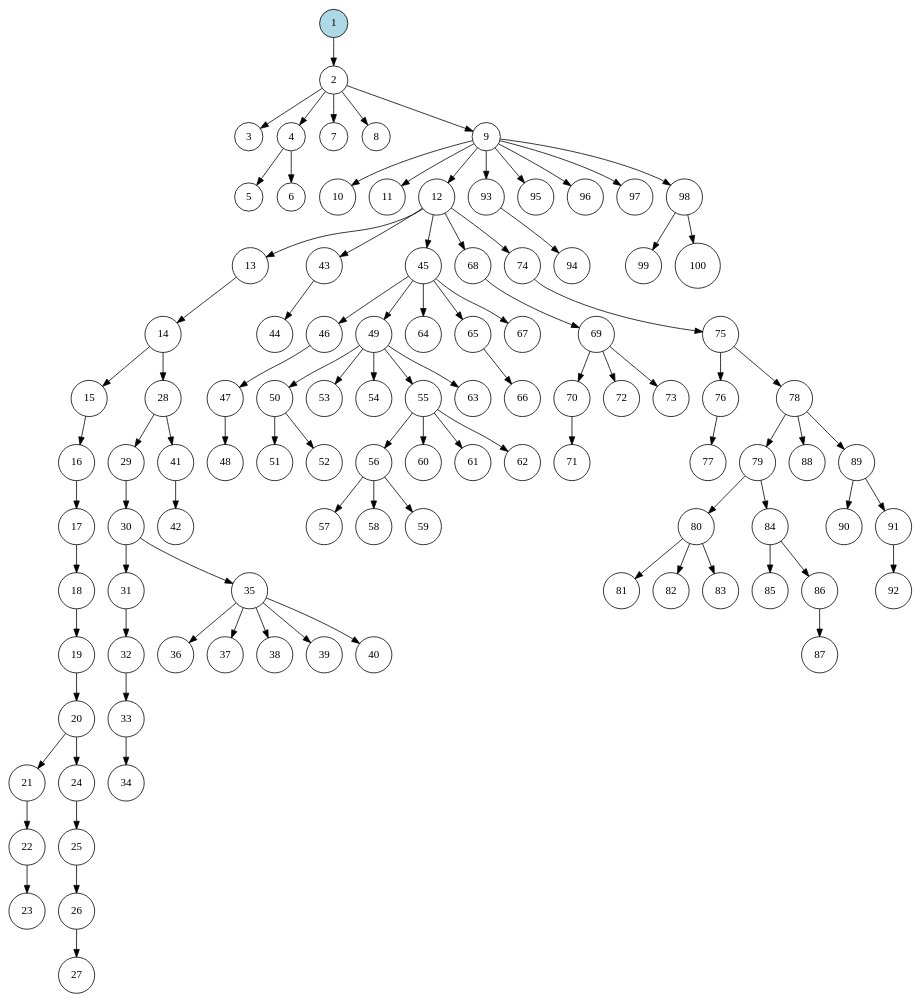
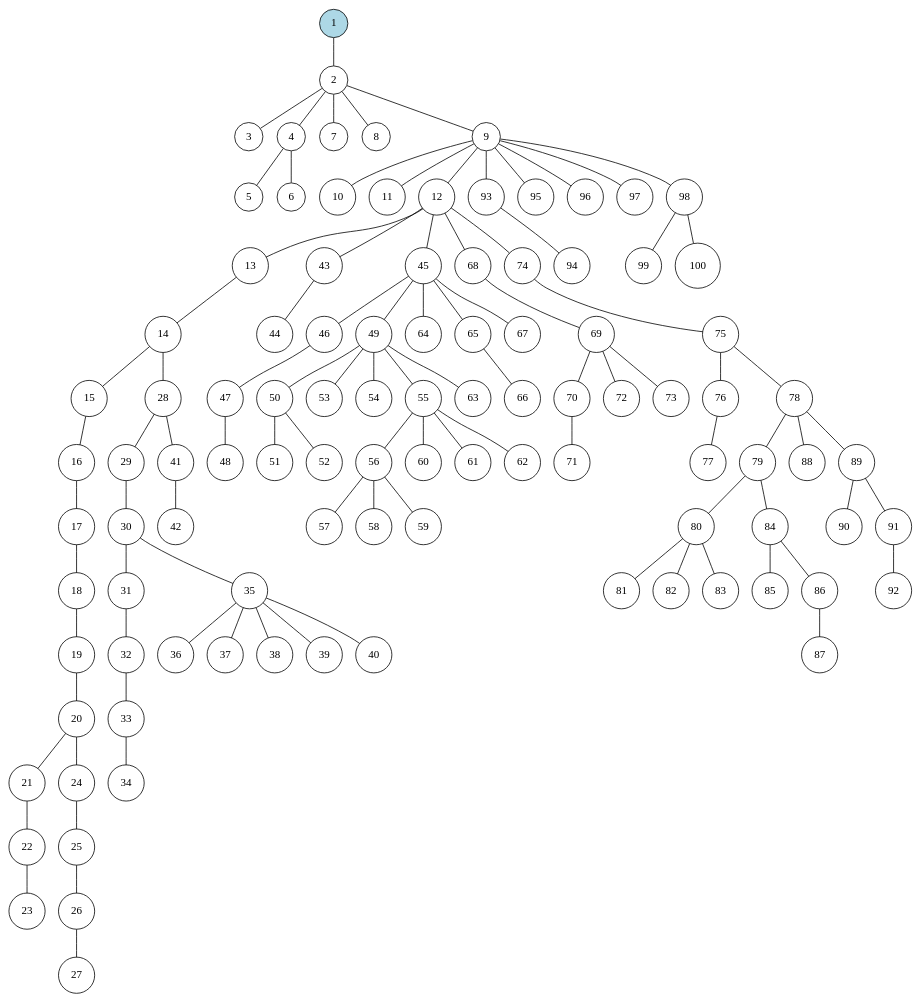
One commit to goga-59/tree-reconstruction changed the diagram in results/dot/random-100.dot. Above: the diagram before and after it, drawn with Graphviz. The commit also changed 22 other files, not shown here.

```diff
--- a/results/dot/random-100.dot
+++ b/results/dot/random-100.dot
@@ -1,104 +1,103 @@
-digraph Tree {
-	graph [ordering=out];
+graph Tree {
 	node [shape=circle];
 	1 [style=filled, fillcolor=lightblue];
-	1 -> 2;
-	2 -> 3;
-	2 -> 4;
-	4 -> 5;
-	4 -> 6;
-	2 -> 7;
-	2 -> 8;
-	2 -> 9;
-	9 -> 10;
-	9 -> 11;
-	9 -> 12;
-	12 -> 13;
-	13 -> 14;
-	14 -> 15;
-	15 -> 16;
-	16 -> 17;
-	17 -> 18;
-	18 -> 19;
-	19 -> 20;
-	20 -> 21;
-	21 -> 22;
-	22 -> 23;
-	20 -> 24;
-	24 -> 25;
-	25 -> 26;
-	26 -> 27;
-	14 -> 28;
-	28 -> 29;
-	29 -> 30;
-	30 -> 31;
-	31 -> 32;
-	32 -> 33;
-	33 -> 34;
-	30 -> 35;
-	35 -> 36;
-	35 -> 37;
-	35 -> 38;
-	35 -> 39;
-	35 -> 40;
-	28 -> 41;
-	41 -> 42;
-	12 -> 43;
-	43 -> 44;
-	12 -> 45;
-	45 -> 46;
-	46 -> 47;
-	47 -> 48;
-	45 -> 49;
-	49 -> 50;
-	50 -> 51;
-	50 -> 52;
-	49 -> 53;
-	49 -> 54;
-	49 -> 55;
-	55 -> 56;
-	56 -> 57;
-	56 -> 58;
-	56 -> 59;
-	55 -> 60;
-	55 -> 61;
-	55 -> 62;
-	49 -> 63;
-	45 -> 64;
-	45 -> 65;
-	65 -> 66;
-	45 -> 67;
-	12 -> 68;
-	68 -> 69;
-	69 -> 70;
-	70 -> 71;
-	69 -> 72;
-	69 -> 73;
-	12 -> 74;
-	74 -> 75;
-	75 -> 76;
-	76 -> 77;
-	75 -> 78;
-	78 -> 79;
-	79 -> 80;
-	80 -> 81;
-	80 -> 82;
-	80 -> 83;
-	79 -> 84;
-	84 -> 85;
-	84 -> 86;
-	86 -> 87;
-	78 -> 88;
-	78 -> 89;
-	89 -> 90;
-	89 -> 91;
-	91 -> 92;
-	9 -> 93;
-	93 -> 94;
-	9 -> 95;
-	9 -> 96;
-	9 -> 97;
-	9 -> 98;
-	98 -> 99;
-	98 -> 100;
+	1 -- 2;
+	2 -- 3;
+	2 -- 4;
+	4 -- 5;
+	4 -- 6;
+	2 -- 7;
+	2 -- 8;
+	2 -- 9;
+	9 -- 10;
+	9 -- 11;
+	9 -- 12;
+	12 -- 13;
+	13 -- 14;
+	14 -- 15;
+	15 -- 16;
+	16 -- 17;
+	17 -- 18;
+	18 -- 19;
+	19 -- 20;
+	20 -- 21;
+	21 -- 22;
+	22 -- 23;
+	20 -- 24;
+	24 -- 25;
+	25 -- 26;
+	26 -- 27;
+	14 -- 28;
+	28 -- 29;
+	29 -- 30;
+	30 -- 31;
+	31 -- 32;
+	32 -- 33;
+	33 -- 34;
+	30 -- 35;
+	35 -- 36;
+	35 -- 37;
+	35 -- 38;
+	35 -- 39;
+	35 -- 40;
+	28 -- 41;
+	41 -- 42;
+	12 -- 43;
+	43 -- 44;
+	12 -- 45;
+	45 -- 46;
+	46 -- 47;
+	47 -- 48;
+	45 -- 49;
+	49 -- 50;
+	50 -- 51;
+	50 -- 52;
+	49 -- 53;
+	49 -- 54;
+	49 -- 55;
+	55 -- 56;
+	56 -- 57;
+	56 -- 58;
+	56 -- 59;
+	55 -- 60;
+	55 -- 61;
+	55 -- 62;
+	49 -- 63;
+	45 -- 64;
+	45 -- 65;
+	65 -- 66;
+	45 -- 67;
+	12 -- 68;
+	68 -- 69;
+	69 -- 70;
+	70 -- 71;
+	69 -- 72;
+	69 -- 73;
+	12 -- 74;
+	74 -- 75;
+	75 -- 76;
+	76 -- 77;
+	75 -- 78;
+	78 -- 79;
+	79 -- 80;
+	80 -- 81;
+	80 -- 82;
+	80 -- 83;
+	79 -- 84;
+	84 -- 85;
+	84 -- 86;
+	86 -- 87;
+	78 -- 88;
+	78 -- 89;
+	89 -- 90;
+	89 -- 91;
+	91 -- 92;
+	9 -- 93;
+	93 -- 94;
+	9 -- 95;
+	9 -- 96;
+	9 -- 97;
+	9 -- 98;
+	98 -- 99;
+	98 -- 100;
 }
```
